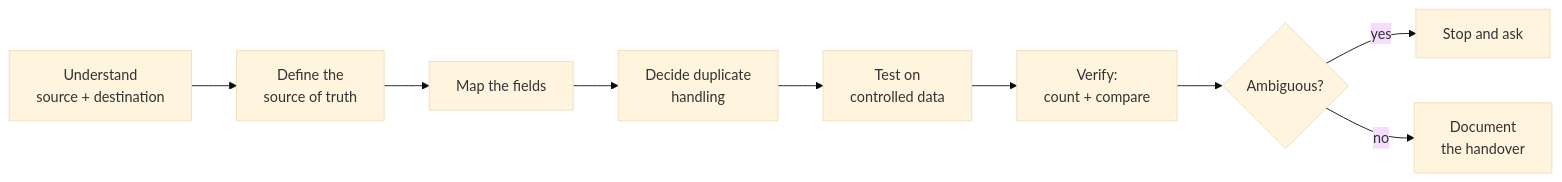
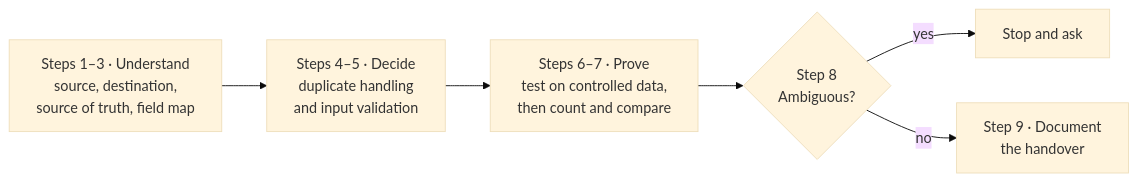
The second of 2 diagrams in README.md (skmalikllc/automation-portfolio), drawn with Mermaid (base theme) before and after one commit.

Commit message:
Compact the method diagram for legibility

````diff
--- a/README.md
+++ b/README.md
@@ -355,11 +355,8 @@
 ```mermaid
 flowchart LR
-  A["Understand<br/>source + destination"] --> B["Define the<br/>source of truth"]
-  B --> C["Map the fields"]
-  C --> D["Decide duplicate<br/>handling"]
-  D --> E["Test on<br/>controlled data"]
-  E --> F["Verify:<br/>count + compare"]
-  F --> G{"Ambiguous?"}
-  G -- yes --> H["Stop and ask"]
-  G -- no --> I["Document<br/>the handover"]
+  A["Steps 1–3 · Understand<br/>source, destination,<br/>source of truth, field map"] --> B["Steps 4–5 · Decide<br/>duplicate handling<br/>and input validation"]
+  B --> C["Steps 6–7 · Prove<br/>test on controlled data,<br/>then count and compare"]
+  C --> D{"Step 8<br/>Ambiguous?"}
+  D -- yes --> E["Stop and ask"]
+  D -- no --> F["Step 9 · Document<br/>the handover"]
 ```
````
